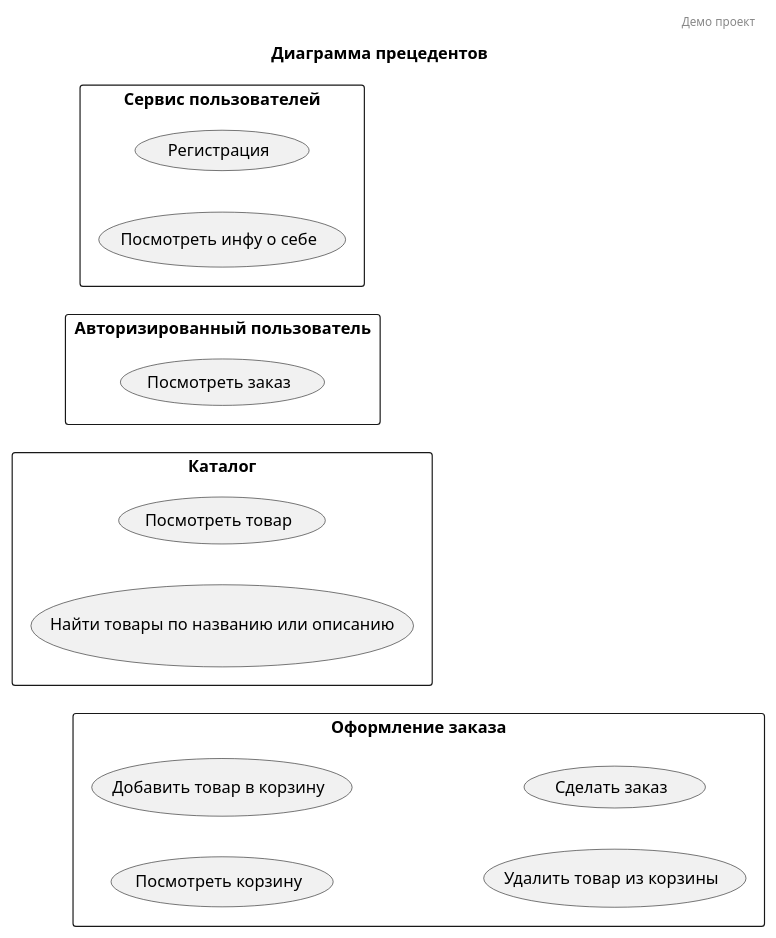
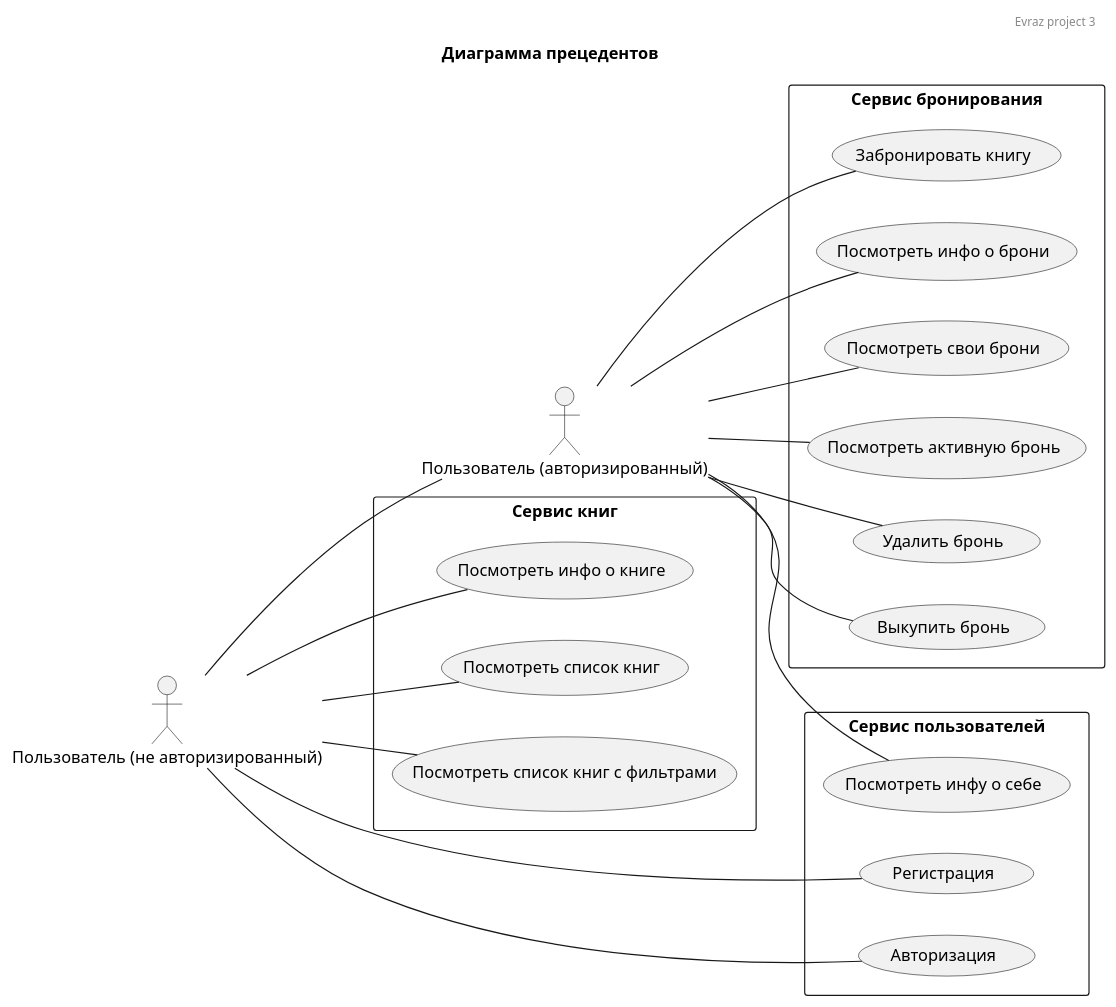
The diagram in docs/precedents.puml (FaridZinnatullin/evraz_project_3), drawn with PlantUML before and after one commit. The commit also changed 33 other files, not shown here.

```diff
--- a/docs/precedents.puml
+++ b/docs/precedents.puml
@@ -1,43 +1,47 @@
 @startuml
 
-header Демо проект
+header Evraz project 3
 title Диаграмма прецедентов
 
 left to right direction
 
-rectangle "Оформление заказа" {
-  usecase "Посмотреть корзину" as show_cart
-  usecase "Добавить товар в корзину" as add_to_cart
-  usecase "Удалить товар из корзины" as remove_from_cart
-  usecase "Сделать заказ" as register_order
+rectangle "Сервис бронирования" {
+  usecase "Забронировать книгу" as create_booking
+  usecase "Посмотреть инфо о брони" as show_booking_info
+  usecase "Посмотреть свои брони" as show_all_bookings
+  usecase "Посмотреть активную бронь" as show_active_booking
+  usecase "Удалить бронь" as delete_booking
+  usecase "Выкупить бронь" as redeem_booking
 }
 
-rectangle "Каталог" {
-  usecase "Посмотреть товар" as show_product
-  usecase "Найти товары по названию или описанию" as search_products
-}
-
-rectangle "Авторизированный пользователь" {
-  usecase "Посмотреть заказ" as show_order
+rectangle "Сервис книг" {
+  usecase "Посмотреть инфо о книге" as show_book_info
+  usecase "Посмотреть список книг" as show_all_books
+  usecase "Посмотреть список книг с фильтрами" as show_books_with_filter
 }
 
 rectangle "Сервис пользователей" {
   usecase "Регистрация" as registration
   usecase "Авторизация" as authorization
-  usecase "Посмотреть инфу о себе" as authorization
+  usecase "Посмотреть инфу о себе" as show_self_info
 }
 
-'actor "Покупатель" as сlient
-'сlient -- show_cart
-'сlient -- add_to_cart
-'сlient -- remove_from_cart
-'сlient -- register_order
-'сlient -- show_product
-'сlient -- search_products
-'сlient -- show_order
-'
-'
-'actor "Администратор" as admin
-'admin -- show_customer
+actor "Пользователь (не авторизированный)" as noauth_user
+noauth_user -- registration
+noauth_user -- authorization
+noauth_user -- show_book_info
+noauth_user -- show_all_books
+noauth_user -- show_books_with_filter
 
+
+actor "Пользователь (авторизированный)" as auth_user
+auth_user -- create_booking
+auth_user -- show_booking_info
+auth_user -- show_all_bookings
+auth_user -- show_active_booking
+auth_user -- delete_booking
+auth_user -- redeem_booking
+auth_user -- show_self_info
+
+noauth_user -- auth_user
 @enduml
```
